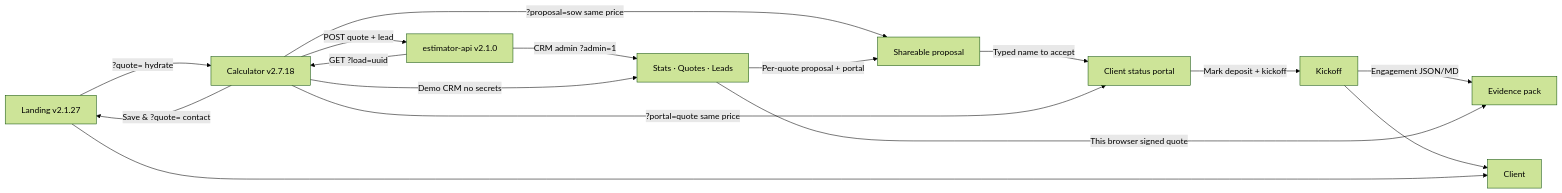
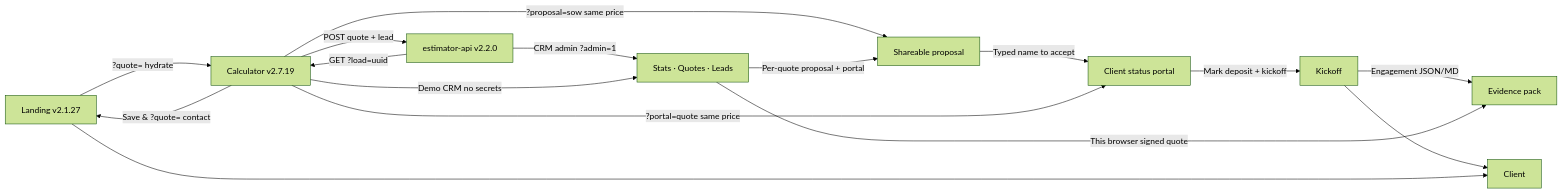
The diagram in README.md (pixellayer7-jpg/pixellayer7-jpg), drawn with Mermaid (forest theme) before and after one commit. The commit also changed other lines of this file and 4 other files, not shown here.

First line of the commit message:
docs: API v2.2.0 and calculator v2.7.19

````diff
--- a/README.md
+++ b/README.md
@@ -21,18 +21,18 @@
 ```mermaid
 flowchart LR
-  A[Landing v2.1.27] -->|?quote= hydrate| B[Calculator v2.7.18]
+  A[Landing v2.1.27] -->|?quote= hydrate| B[Calculator v2.7.19]
   B -->|Save & ?quote= contact| A
   B -->|?proposal=sow same price| R[Shareable proposal]
   R -->|Typed name to accept| P[Client status portal]
   P -->|Mark deposit + kickoff| K[Kickoff]
   K -->|Engagement JSON/MD| X[Evidence pack]
   B -->|?portal=quote same price| P
-  B -->|POST quote + lead| D[estimator-api v2.1.0]
+  B -->|POST quote + lead| D[estimator-api v2.2.0]
   D -->|CRM admin ?admin=1| E[Stats · Quotes · Leads]
   B -->|Demo CRM no secrets| E
   E -->|This browser signed quote| X
   E -->|Per-quote proposal + portal| R
   K --> F[Client]
   D -->|GET ?load=uuid| B
   A --> F[Client]
 ```
````
